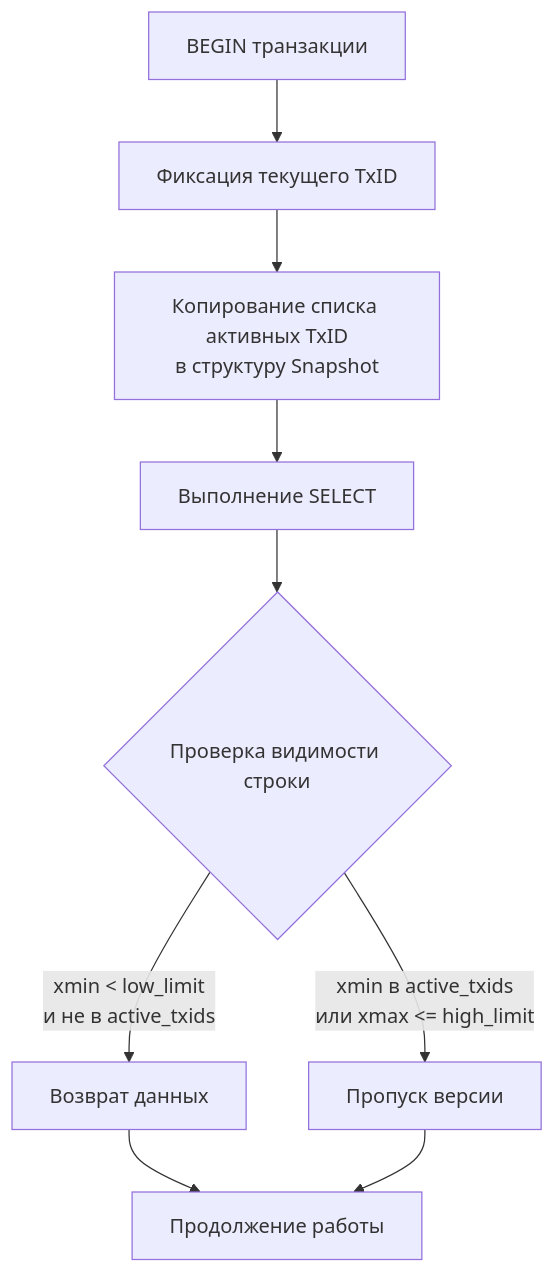
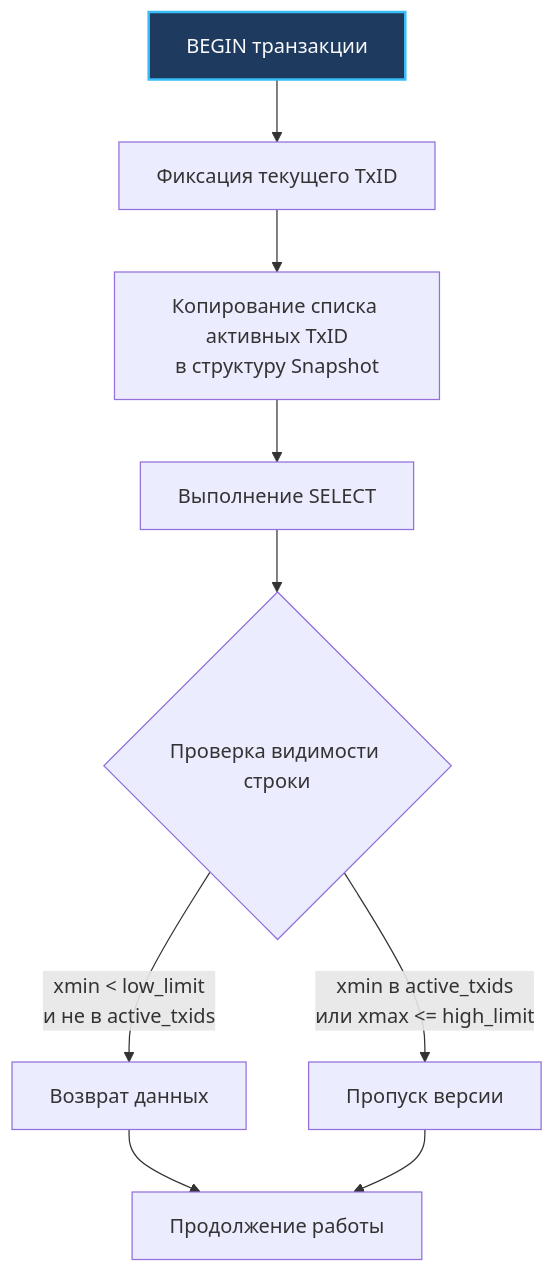
The diagram in sources/12. Базы данных/05. Транзакции и внутренности/12. Snapshot isolation.md (UnrealTemplier/go-textbook), drawn with Mermaid before and after one commit. The commit also changed 1666 other files, not shown here.

First line of the commit message:
feat(mermaid): add semantic color classDef to 1369 colorless flowchart/graph diagrams

````diff
--- a/sources/12. Базы данных/05. Транзакции и внутренности/12. Snapshot isolation.md
+++ b/sources/12. Базы данных/05. Транзакции и внутренности/12. Snapshot isolation.md
@@ -12,11 +12,21 @@
 ```mermaid
 flowchart TD
-    A["BEGIN транзакции"] --> B["Фиксация текущего TxID"]
+    classDef process  fill:#1e293b,stroke:#38bdf8,stroke-width:1px,color:#f8fafc
+    classDef success  fill:#064e3b,stroke:#34d399,stroke-width:1px,color:#f8fafc
+    classDef error    fill:#7f1d1d,stroke:#f87171,stroke-width:1px,color:#f8fafc
+    classDef warning  fill:#78350f,stroke:#fbbf24,stroke-width:1px,color:#f8fafc
+    classDef entry    fill:#1e3a5f,stroke:#38bdf8,stroke-width:2px,color:#f8fafc
+    classDef aux      fill:#334155,stroke:#64748b,stroke-width:1px,color:#f8fafc
+    classDef system   fill:#312e81,stroke:#a78bfa,stroke-width:1px,color:#f8fafc
+    classDef data     fill:#132d29,stroke:#2dd4bf,stroke-width:1px,color:#f8fafc
+    classDef network  fill:#881337,stroke:#fb7185,stroke-width:1px,color:#f8fafc
+    classDef accent   fill:#1e1b4b,stroke:#818cf8,stroke-width:1px,color:#f8fafc
+    A["BEGIN транзакции"]:::entry --> B["Фиксация текущего TxID"]
     B --> C["Копирование списка активных TxID<br>в структуру Snapshot"]
     C --> D["Выполнение SELECT"]
     D --> E{"Проверка видимости строки"}
     E -->|xmin < low_limit<br>и не в active_txids| F["Возврат данных"]
     E -->|xmin в active_txids<br>или xmax <= high_limit| G["Пропуск версии"]
     F --> H["Продолжение работы"]
     G --> H
 ```
````
